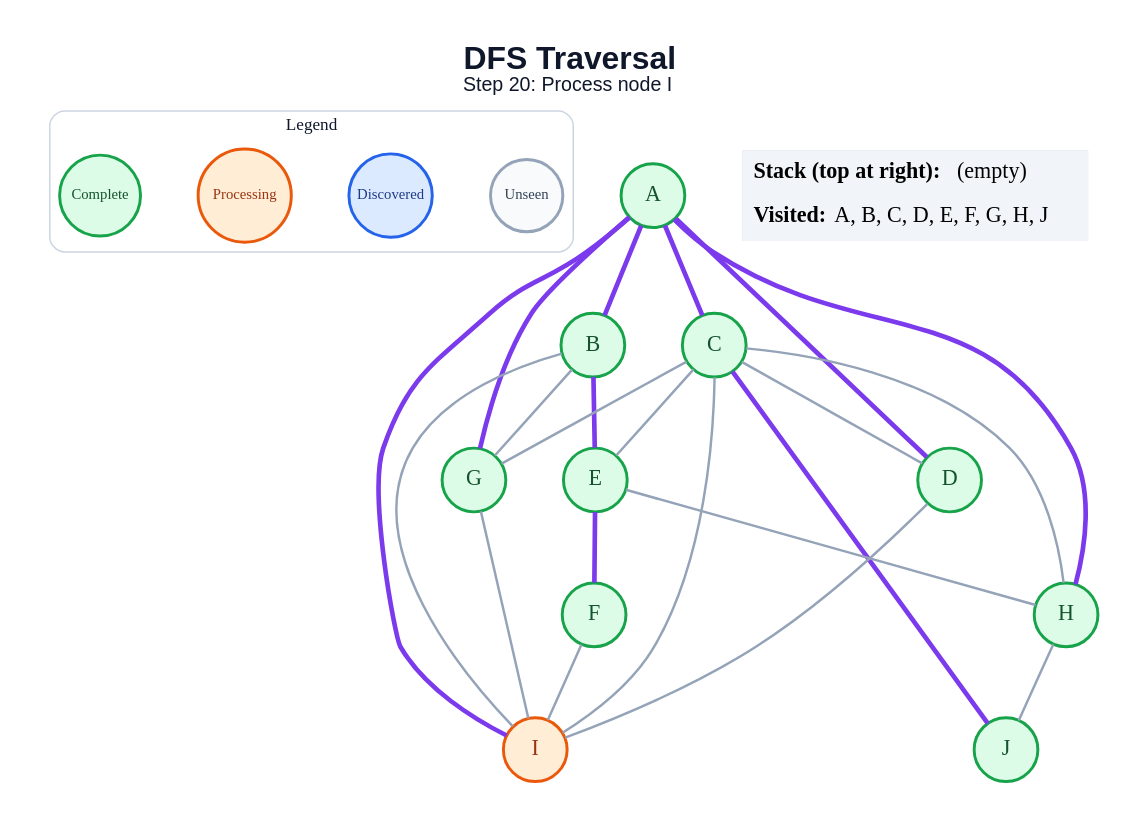
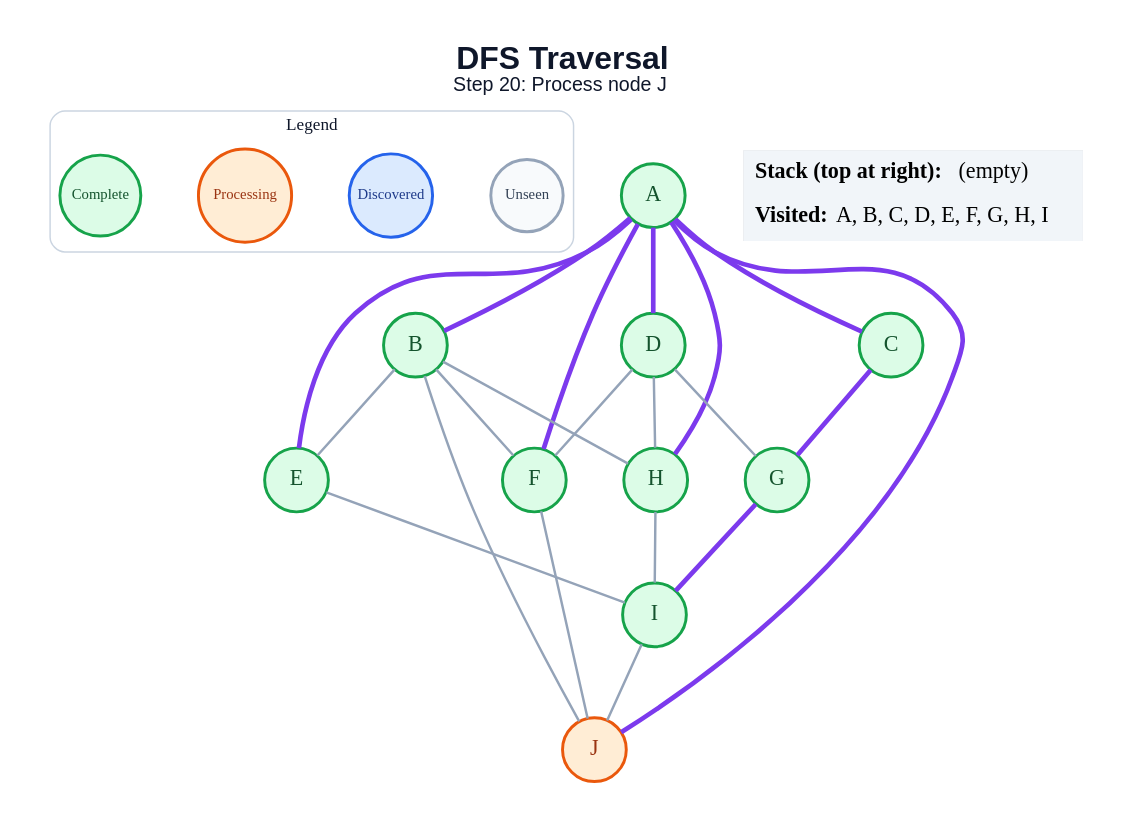
The diagram in generated/dfs/step_20.dot (anon7238593-create/ai-slop), drawn with Graphviz before and after one commit. The commit also changed 171 other files, not shown here.

```diff
--- a/generated/dfs/step_20.dot
+++ b/generated/dfs/step_20.dot
@@ -1,50 +1,49 @@
 graph traversal {
   graph [layout=dot, rankdir=TB, bgcolor="#FFFFFF", pad="0.35", nodesep="0.65", ranksep="0.8", fontname="Arial"];
   node [shape=circle, style="filled", fontname="Arial Bold", fontsize=18, width=0.72, fixedsize=true, penwidth=2.4];
   edge [color="#94A3B8", penwidth=2.0];
-  label=<<B>DFS Traversal</B><BR/><FONT POINT-SIZE="16">Step 20: Process node I</FONT>>; labelloc="t"; fontsize=26; fontname="Arial"; fontcolor="#0F172A";
+  label=<<B>DFS Traversal</B><BR/><FONT POINT-SIZE="16">Step 20: Process node J</FONT>>; labelloc="t"; fontsize=26; fontname="Arial"; fontcolor="#0F172A";
   subgraph cluster_legend { label="Legend"; color="#CBD5E1"; penwidth=1.2; style="rounded"; fontsize=14; fontname="Arial Bold";
     key_unseen [label="Unseen", fillcolor="#F8FAFC", color="#94A3B8", fontcolor="#334155", fontsize=12, width=0.82];
     key_frontier [label="Discovered", fillcolor="#DBEAFE", color="#2563EB", fontcolor="#1E3A8A", fontsize=12, width=0.95];
     key_current [label="Processing", fillcolor="#FFEDD5", color="#EA580C", fontcolor="#9A3412", fontsize=12, width=1.05];
     key_done [label="Complete", fillcolor="#DCFCE7", color="#16A34A", fontcolor="#14532D", fontsize=12, width=0.92];
     { rank=same; key_unseen; key_frontier; key_current; key_done; }
   }
   A [fillcolor="#DCFCE7", color="#16A34A", fontcolor="#14532D"];
   B [fillcolor="#DCFCE7", color="#16A34A", fontcolor="#14532D"];
   C [fillcolor="#DCFCE7", color="#16A34A", fontcolor="#14532D"];
   D [fillcolor="#DCFCE7", color="#16A34A", fontcolor="#14532D"];
   E [fillcolor="#DCFCE7", color="#16A34A", fontcolor="#14532D"];
   F [fillcolor="#DCFCE7", color="#16A34A", fontcolor="#14532D"];
   G [fillcolor="#DCFCE7", color="#16A34A", fontcolor="#14532D"];
   H [fillcolor="#DCFCE7", color="#16A34A", fontcolor="#14532D"];
-  I [fillcolor="#FFEDD5", color="#EA580C", fontcolor="#9A3412"];
-  J [fillcolor="#DCFCE7", color="#16A34A", fontcolor="#14532D"];
+  I [fillcolor="#DCFCE7", color="#16A34A", fontcolor="#14532D"];
+  J [fillcolor="#FFEDD5", color="#EA580C", fontcolor="#9A3412"];
   A -- B [color="#7C3AED", penwidth=3.8];
   A -- C [color="#7C3AED", penwidth=3.8];
   A -- D [color="#7C3AED", penwidth=3.8];
-  A -- G [color="#7C3AED", penwidth=3.8];
+  A -- E [color="#7C3AED", penwidth=3.8];
+  A -- F [color="#7C3AED", penwidth=3.8];
   A -- H [color="#7C3AED", penwidth=3.8];
-  A -- I [color="#7C3AED", penwidth=3.8];
-  B -- E [color="#7C3AED", penwidth=3.8];
-  B -- G;
-  B -- I;
-  C -- D;
-  C -- E;
-  C -- G;
-  C -- H;
-  C -- I;
-  C -- J [color="#7C3AED", penwidth=3.8];
-  D -- I;
-  E -- F [color="#7C3AED", penwidth=3.8];
-  E -- H;
-  F -- I;
-  G -- I;
-  H -- J;
+  A -- J [color="#7C3AED", penwidth=3.8];
+  B -- E;
+  B -- F;
+  B -- H;
+  B -- J;
+  C -- G [color="#7C3AED", penwidth=3.8];
+  D -- F;
+  D -- G;
+  D -- H;
+  E -- I;
+  F -- J;
+  G -- I [color="#7C3AED", penwidth=3.8];
+  H -- I;
+  I -- J;
   status [shape=plain, fixedsize=false, width=0, height=0, margin=0, label=<
     <TABLE BORDER="0" CELLBORDER="0" CELLPADDING="7" BGCOLOR="#F1F5F9">
       <TR><TD ALIGN="LEFT"><B>Stack (top at right):</B> (empty)</TD></TR>
-      <TR><TD ALIGN="LEFT"><B>Visited:</B> A, B, C, D, E, F, G, H, J</TD></TR>
+      <TR><TD ALIGN="LEFT"><B>Visited:</B> A, B, C, D, E, F, G, H, I</TD></TR>
     </TABLE>
   >];
 }
```
